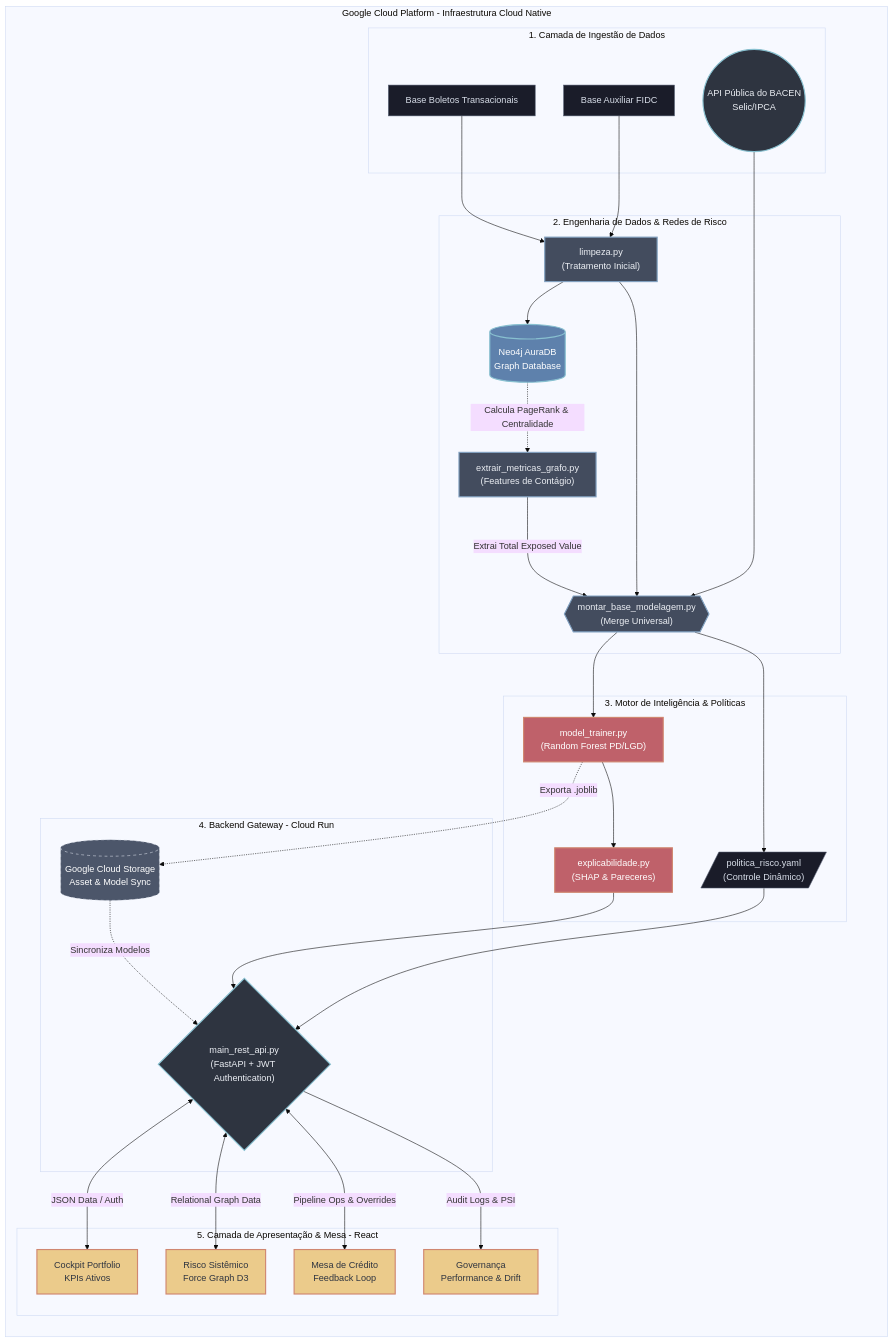
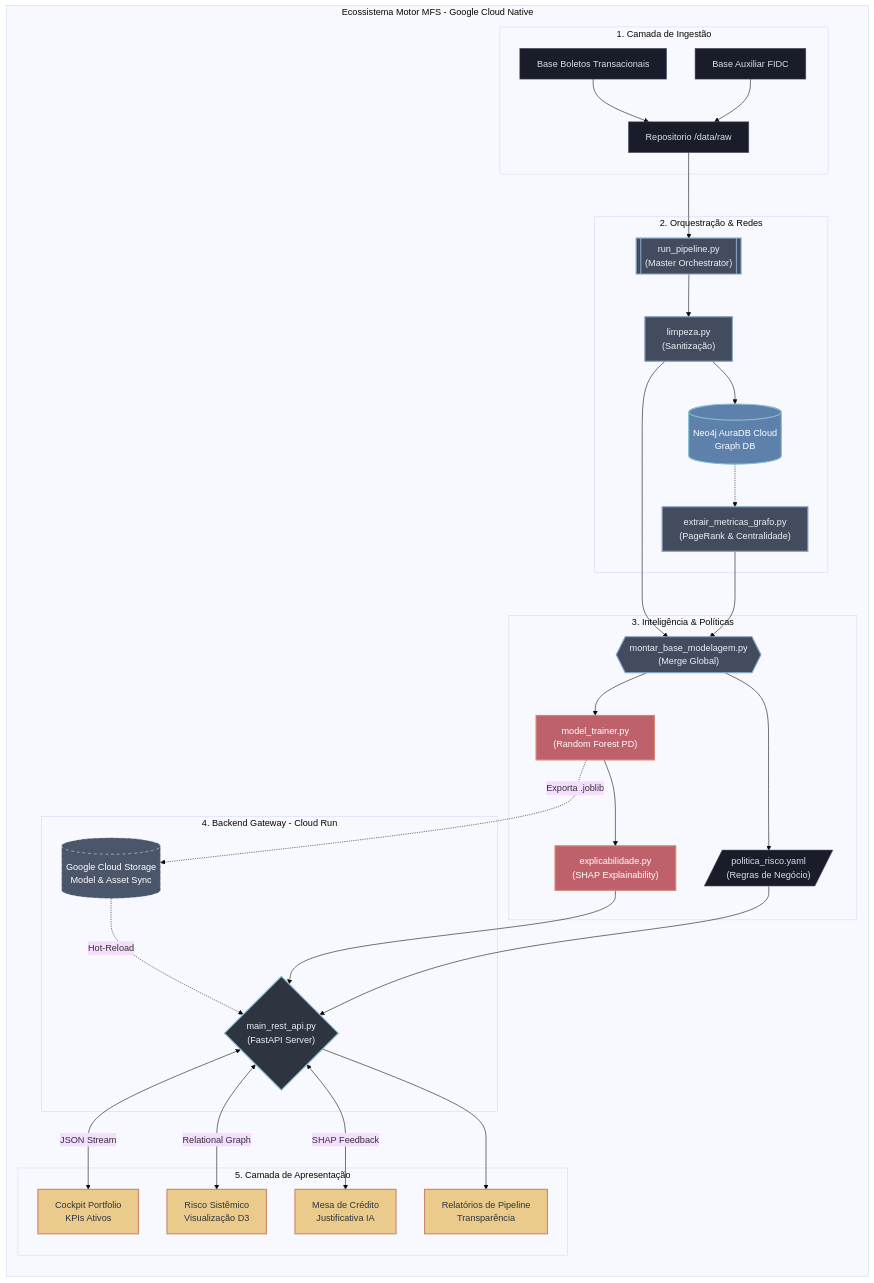
Before and after one commit to DiegoDegan/MotorForeSig-FIAPxNUCLEA: the diagram in Documentação/diagrama_arquitetura_mfs.md, drawn with Mermaid (base theme). The commit also changed other lines of this file and 29 other files, not shown here.

````diff
--- a/Documentação/diagrama_arquitetura_mfs.md
+++ b/Documentação/diagrama_arquitetura_mfs.md
@@ -5,69 +5,72 @@
 ```mermaid
 flowchart TD
+
     %% Cores e Estilizações Customizadas
     classDef rawData fill:#1a1c29,stroke:#4C566A,stroke-width:1px,color:#D8DEE9
     classDef external fill:#2e3440,stroke:#88C0D0,stroke-width:2px,color:#ECEFF4
     classDef compute fill:#434C5E,stroke:#81A1C1,stroke-width:2px,color:#ECEFF4
     classDef graphBD fill:#5E81AC,stroke:#88C0D0,stroke-width:2px,color:#FFF
     classDef mlEngine fill:#BF616A,stroke:#D08770,stroke-width:2px,color:#FFF
     classDef output fill:#A3BE8C,stroke:#8FBCBB,stroke-width:2px,color:#2E3440
     classDef frontend fill:#EBCB8B,stroke:#D08770,stroke-width:2px,color:#2E3440
     classDef infra fill:#4C566A,stroke:#D8DEE9,stroke-dasharray: 5 5,color:#FFF
 
-    subgraph GCP [Google Cloud Platform - Infraestrutura Cloud Native]
+    subgraph MFS_CLOUD [Ecossistema Motor MFS - Google Cloud Native]
         direction TB
         
-        subgraph DataSources [1. Camada de Ingestão de Dados]
+        subgraph DataSources [1. Camada de Ingestão]
             B[Base Boletos Transacionais]:::rawData
             A[Base Auxiliar FIDC]:::rawData
-            BACEN((API Pública do BACEN\nSelic/IPCA)):::external
+            Raw[Repositorio /data/raw]:::rawData
+            
+            B & A --> Raw
         end
 
-        subgraph ETL_Graph [2. Engenharia de Dados & Redes de Risco]
-            Limp["limpeza.py\n(Tratamento Inicial)"]:::compute
-            Neo[(Neo4j AuraDB\nGraph Database)]:::graphBD
-            NetX["extrair_metricas_grafo.py\n(Features de Contágio)"]:::compute
+        subgraph ETL_Graph [2. Orquestração & Redes]
+            RunAll[["run_pipeline.py\n(Master Orchestrator)"]]:::compute
+            Limp["limpeza.py\n(Sanitização)"]:::compute
+            Neo[(Neo4j AuraDB Cloud\nGraph DB)]:::graphBD
+            NetX["extrair_metricas_grafo.py\n(PageRank & Centralidade)"]:::compute
             
-            B --> Limp
-            A --> Limp
+            Raw --> RunAll
+            RunAll --> Limp
             Limp --> Neo
-            Neo -.->|Calcula PageRank & Centralidade| NetX
-            NetX -- Extrai Total Exposed Value ---> MergeBase
+            Neo -.-> NetX
         end
 
-        subgraph Intelligence [3. Motor de Inteligência & Políticas]
-            MergeBase{{"montar_base_modelagem.py\n(Merge Universal)"}}:::compute
-            Trainer["model_trainer.py\n(Random Forest PD/LGD)"]:::mlEngine
-            SHAP["explicabilidade.py\n(SHAP & Pareceres)"]:::mlEngine
-            YAML[/"politica_risco.yaml\n(Controle Dinâmico)"/]:::rawData
+        subgraph Intelligence [3. Inteligência & Políticas]
+            MergeBase{{"montar_base_modelagem.py\n(Merge Global)"}}:::compute
+            Trainer["model_trainer.py\n(Random Forest PD)"]:::mlEngine
+            SHAP["explicabilidade.py\n(SHAP Explainability)"]:::mlEngine
+            YAML[/"politica_risco.yaml\n(Regras de Negócio)"/]:::rawData
             
             Limp --> MergeBase
-            BACEN --> MergeBase
+            NetX --> MergeBase
             MergeBase --> Trainer
             Trainer --> SHAP
             MergeBase --> YAML
         end
 
-        subgraph Backend [4. Backend Gateway - Cloud Run]
-            FastAPI{"main_rest_api.py\n(FastAPI + JWT Authentication)"}:::external
-            GCS[(Google Cloud Storage\nAsset & Model Sync)]:::infra
+        subgraph Runtime [4. Backend Gateway - Cloud Run]
+            FastAPI{"main_rest_api.py\n(FastAPI Server)"}:::external
+            GCS[(Google Cloud Storage\nModel & Asset Sync)]:::infra
             
             Trainer -.->|Exporta .joblib| GCS
-            GCS -.->|Sincroniza Modelos| FastAPI
+            GCS -.->|Hot-Reload| FastAPI
             SHAP --> FastAPI
             YAML --> FastAPI
         end
 
-        subgraph Frontend [5. Camada de Apresentação & Mesa - React]
+        subgraph Frontend [5. Camada de Apresentação]
             Cockpit[Cockpit Portfolio\nKPIs Ativos]:::frontend
-            SysRisk[Risco Sistêmico\nForce Graph D3]:::frontend
-            CreditDesk[Mesa de Crédito\nFeedback Loop]:::frontend
-            Gov[Governança\nPerformance & Drift]:::frontend
+            SysRisk[Risco Sistêmico\nVisualização D3]:::frontend
+            CreditDesk[Mesa de Crédito\nJustificativa IA]:::frontend
+            Report[Relatórios de Pipeline\nTransparência]:::frontend
             
-            FastAPI <-->|JSON Data / Auth| Cockpit
-            FastAPI <-->|Relational Graph Data| SysRisk
-            FastAPI <-->|Pipeline Ops & Overrides| CreditDesk
-            FastAPI -->|Audit Logs & PSI| Gov
+            FastAPI <-->|JSON Stream| Cockpit
+            FastAPI <-->|Relational Graph| SysRisk
+            FastAPI <-->|SHAP Feedback| CreditDesk
+            FastAPI --> Report
         end
     end
 ```
````
